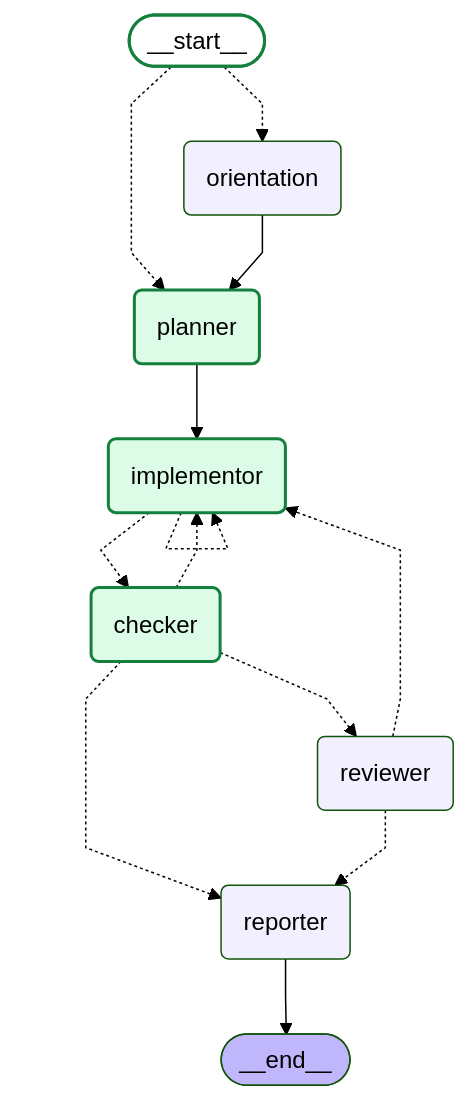
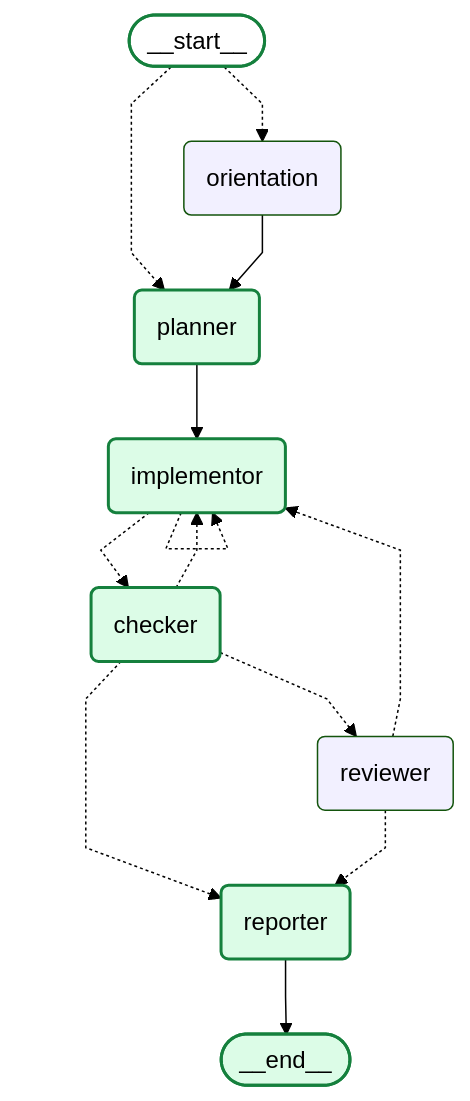
Before and after one commit to daniell0gda/hermes-feature-check-dashboard: the diagram in runs/20260809-180808-0be51f/graph.mmd, drawn with Mermaid (forest theme). The commit also changed 13 other files, not shown here.

```diff
--- a/runs/20260809-180808-0be51f/graph.mmd
+++ b/runs/20260809-180808-0be51f/graph.mmd
@@ -1,37 +1,39 @@
 ---
 config:
   flowchart:
     curve: linear
 ---
 graph TD;
 	__start__([<p>__start__</p>]):::first
 	orientation(orientation)
 	planner(planner)
 	implementor(implementor)
 	checker(checker)
 	reviewer(reviewer)
 	reporter(reporter)
 	__end__([<p>__end__</p>]):::last
 	__start__ -.-> orientation;
 	__start__ -.-> planner;
 	checker -.-> implementor;
 	checker -.-> reporter;
 	checker -.-> reviewer;
 	implementor -.-> checker;
 	orientation --> planner;
 	planner --> implementor;
 	reviewer -.-> implementor;
 	reviewer -.-> reporter;
 	reporter --> __end__;
 	implementor -.-> implementor;
 	classDef default fill:#f2f0ff,line-height:1.2
 	classDef first fill-opacity:0
 	classDef last fill:#bfb6fc
 
 classDef done fill:#dcfce7,stroke:#15803d,stroke-width:2px;
 classDef active fill:#dbeafe,stroke:#2563eb,stroke-width:3px;
 classDef failed fill:#fee2e2,stroke:#b42318,stroke-width:2px;
 class planner done;
 class checker done;
 class implementor done;
+class reporter done;
 class __start__ done;
+class __end__ done;
```
